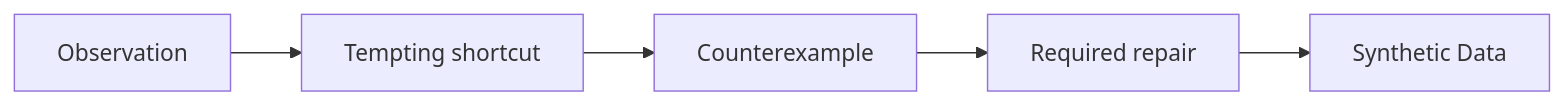
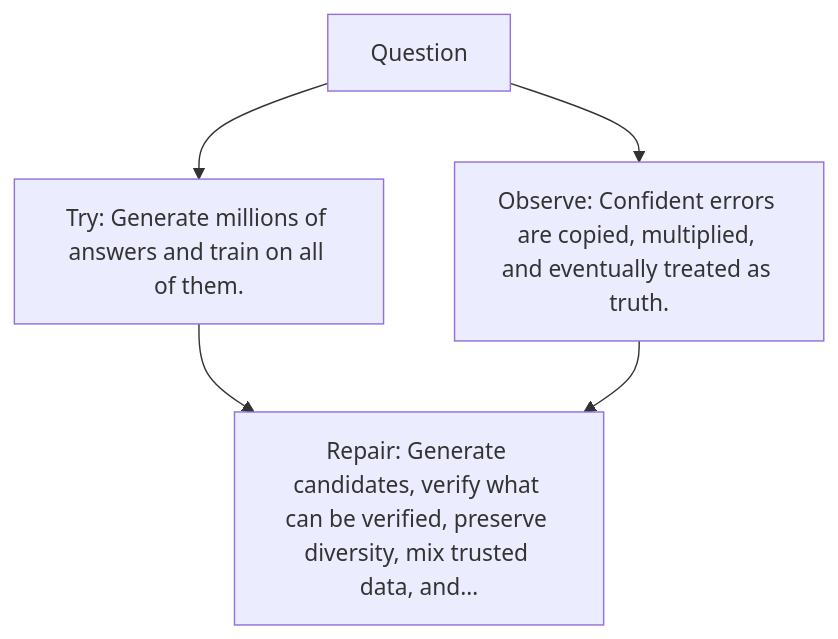
One commit to kleem-labs/AI-Archaeology changed the diagram in excavations/131-synthetic-data/diagram.md. Above: the diagram before and after it, drawn with Mermaid. The commit also changed other lines of this file and 288 other files, not shown here.

````diff
--- a/excavations/131-synthetic-data/diagram.md
+++ b/excavations/131-synthetic-data/diagram.md
@@ -3,7 +5,7 @@
 ```mermaid
-flowchart LR
-    A["Observation"] --> B["Tempting shortcut"]
-    B --> C["Counterexample"]
-    C --> D["Required repair"]
-    D --> E["Synthetic Data"]
+flowchart TD
+    A["Question"] --> B["Try: Generate millions of answers and train on all of them."]
+    A --> C["Observe: Confident errors are copied, multiplied, and eventually treated as truth."]
+    B --> D["Repair: Generate candidates, verify what can be verified, preserve diversity, mix trusted data, and…"]
+    C --> D
 ```
````
